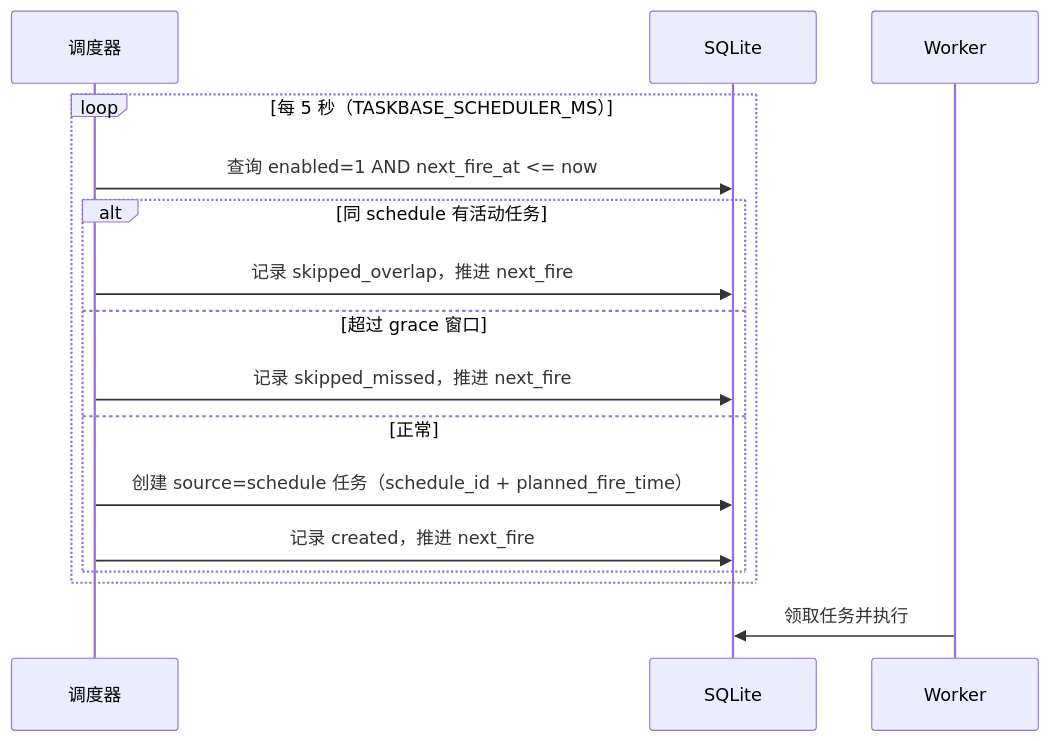
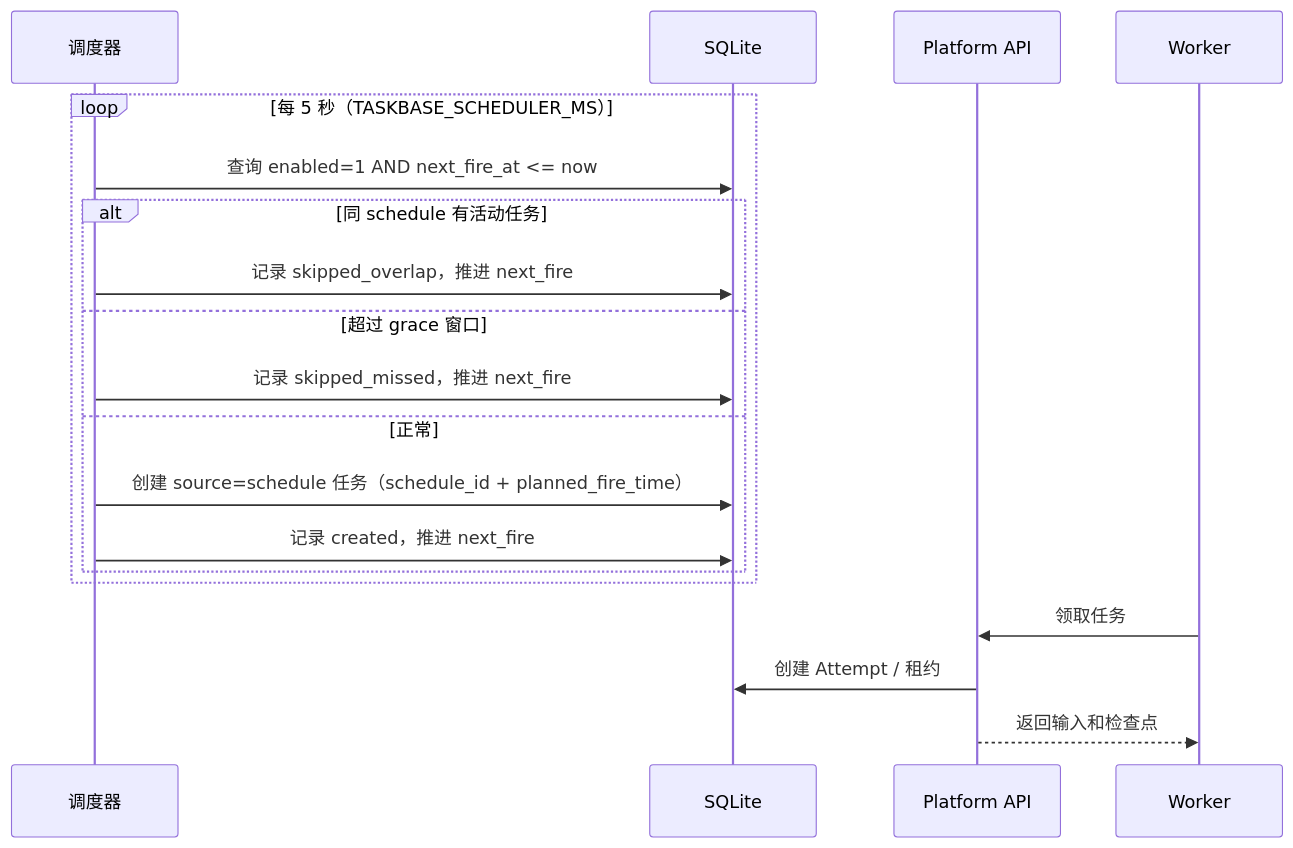
Before and after one commit to yueyao/yuxu-dynamic: the fifth of 5 diagrams in taskbase/docs/architecture.md, drawn with Mermaid. The commit also changed other lines of this file and 16 other files, not shown here.

````diff
--- a/taskbase/docs/architecture.md
+++ b/taskbase/docs/architecture.md
@@ -306,19 +343,22 @@
 ```mermaid
 sequenceDiagram
     participant S as 调度器
     participant D as SQLite
+    participant A as Platform API
     participant W as Worker
 
     loop 每 5 秒（TASKBASE_SCHEDULER_MS）
         S->>D: 查询 enabled=1 AND next_fire_at <= now
         alt 同 schedule 有活动任务
             S->>D: 记录 skipped_overlap，推进 next_fire
         else 超过 grace 窗口
             S->>D: 记录 skipped_missed，推进 next_fire
         else 正常
             S->>D: 创建 source=schedule 任务（schedule_id + planned_fire_time）
             S->>D: 记录 created，推进 next_fire
         end
     end
-    W->>D: 领取任务并执行
+    W->>A: 领取任务
+    A->>D: 创建 Attempt / 租约
+    A-->>W: 返回输入和检查点
 ```
````
